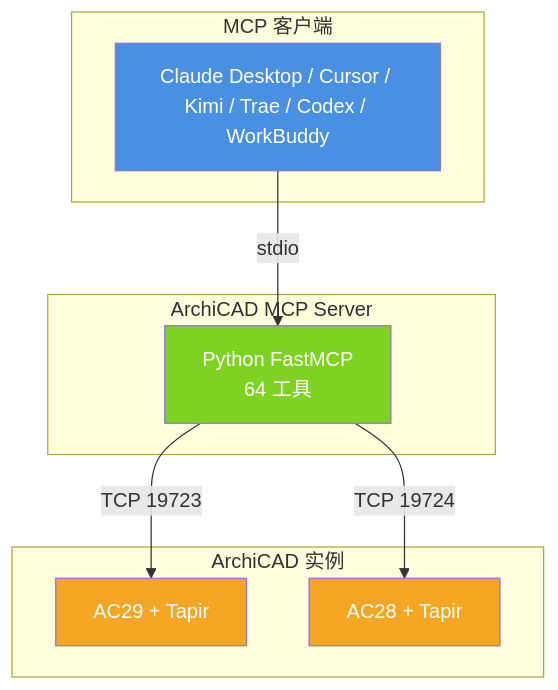
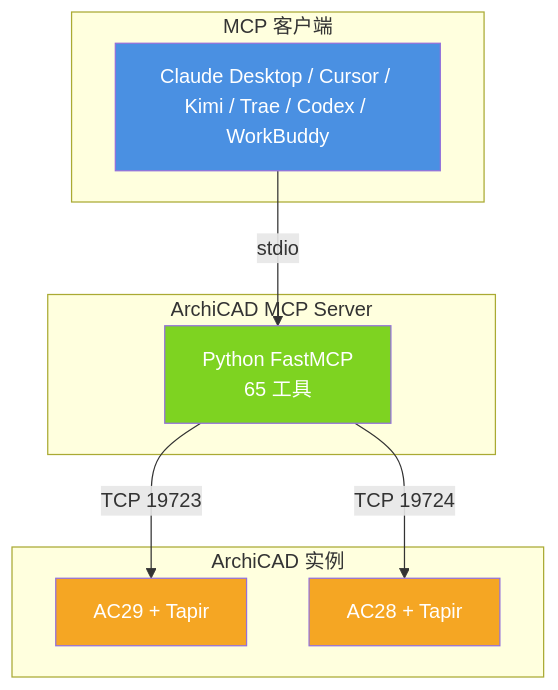
One commit to archilau0315/archilinkai changed the diagram in readme.md. Above: the diagram before and after it, drawn with Mermaid. The commit also changed other lines of this file and 4 other files, not shown here.

````diff
--- a/readme.md
+++ b/readme.md
@@ -62,20 +62,20 @@
 ```mermaid
 flowchart TB
     subgraph Client["MCP 客户端"]
         C[Claude Desktop / Cursor / Kimi / Trae / Codex / WorkBuddy]
     end
     subgraph Server["ArchiCAD MCP Server"]
-        S[Python FastMCP<br/>64 工具]
+        S[Python FastMCP<br/>65 工具]
     end
     subgraph AC["ArchiCAD 实例"]
         A1[AC29 + Tapir]
         A2[AC28 + Tapir]
     end
     C -->|stdio| S
     S -->|TCP 19723| A1
     S -->|TCP 19724| A2
     style C fill:#4a90e2,color:#fff
     style S fill:#7ed321,color:#fff
     style A1 fill:#f5a623,color:#fff
     style A2 fill:#f5a623,color:#fff
 ```
````
